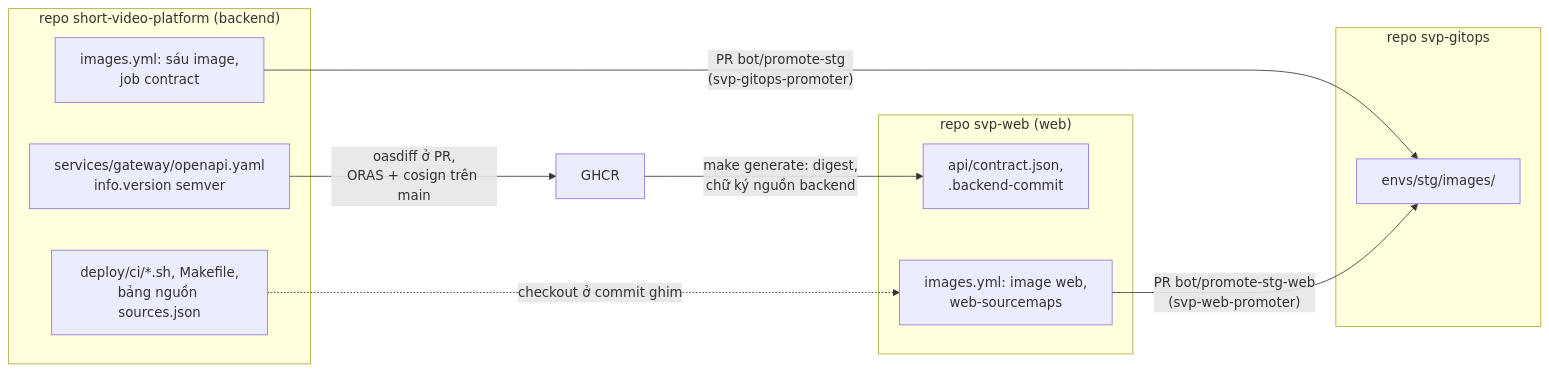
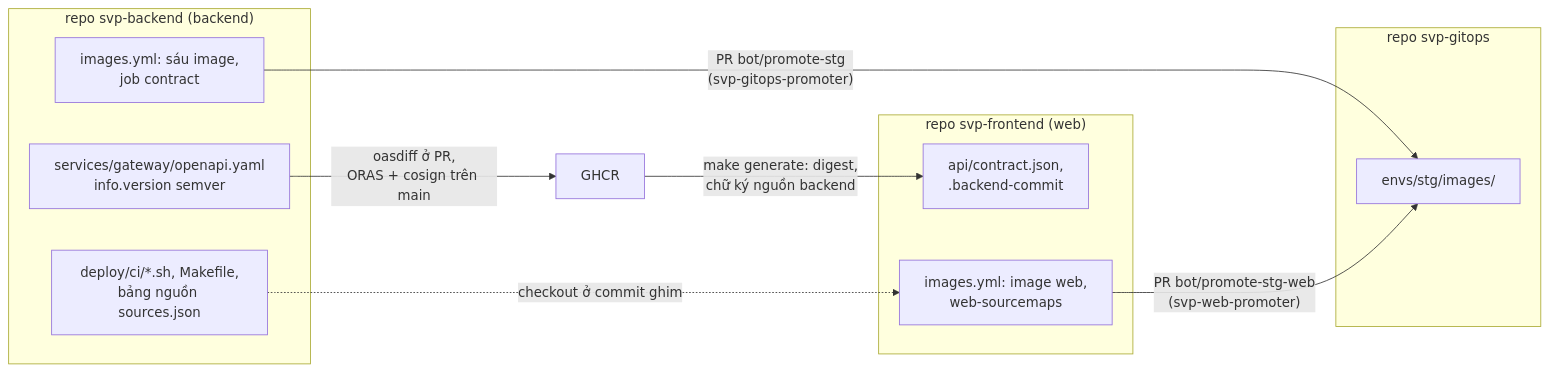
The seventh of 10 diagrams in docs/architecture.md (anhnvcoder/short-video-platform), drawn with Mermaid before and after one commit. The commit also changed other lines of this file and 207 other files, not shown here.

First line of the commit message:
feat: đổi tên repo thành svp-backend và svp-frontend (ADR-0036, PR-1) (#59)

````diff
--- a/docs/architecture.md
+++ b/docs/architecture.md
@@ -644,21 +645,21 @@
 ```mermaid
 flowchart LR
-    subgraph be["repo short-video-platform (backend)"]
+    subgraph be["repo svp-backend (backend)"]
         spec["services/gateway/openapi.yaml<br/>info.version semver"]
         beimg["images.yml: sáu image,<br/>job contract"]
         ci["deploy/ci/*.sh, Makefile,<br/>bảng nguồn sources.json"]
     end
-    subgraph fe["repo svp-web (web)"]
+    subgraph fe["repo svp-frontend (web)"]
         pin["api/contract.json,<br/>.backend-commit"]
         feimg["images.yml: image web,<br/>web-sourcemaps"]
     end
     subgraph cfg["repo svp-gitops"]
         stg["envs/stg/images/"]
     end
     ghcr["GHCR"]
     spec -->|"oasdiff ở PR,<br/>ORAS + cosign trên main"| ghcr
     ghcr -->|"make generate: digest,<br/>chữ ký nguồn backend"| pin
     ci -.->|"checkout ở commit ghim"| feimg
     beimg -->|"PR bot/promote-stg<br/>(svp-gitops-promoter)"| stg
     feimg -->|"PR bot/promote-stg-web<br/>(svp-web-promoter)"| stg
 ```
````
